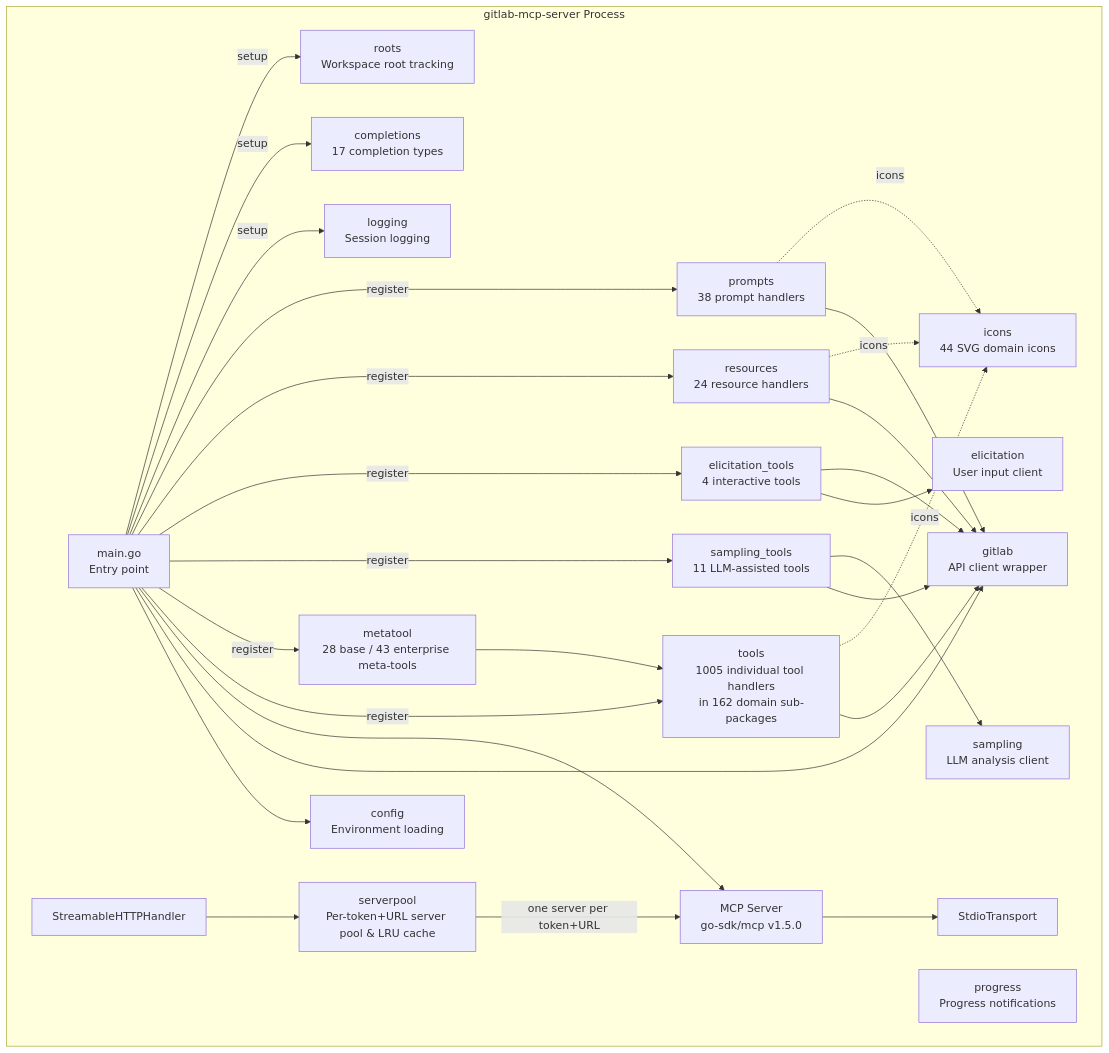
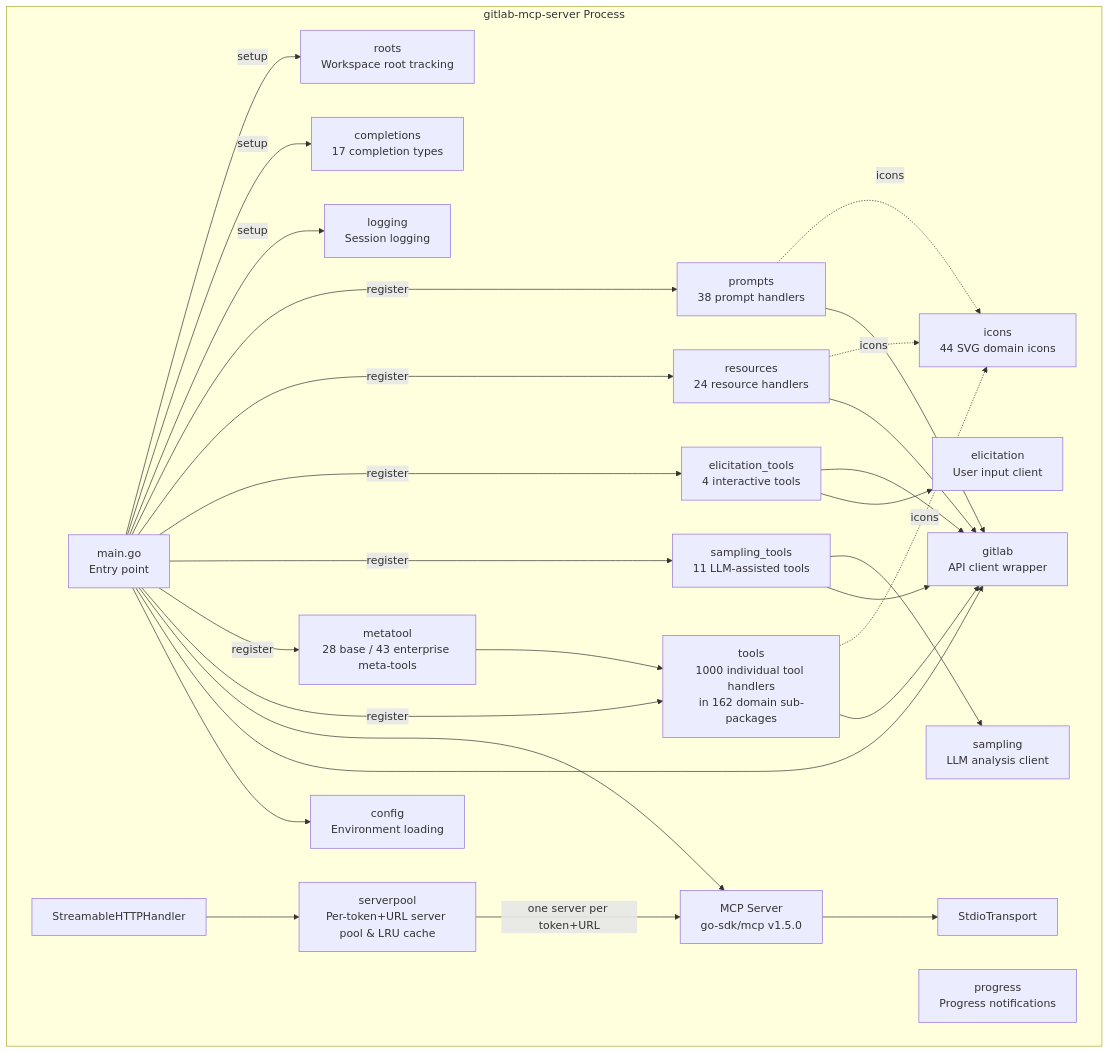
The third of 9 diagrams in docs/architecture.md (jmrplens/gitlab-mcp-server), drawn with Mermaid before and after one commit. The commit also changed other lines of this file and 64 other files, not shown here.

````diff
--- a/docs/architecture.md
+++ b/docs/architecture.md
@@ -64,52 +64,52 @@
 ```mermaid
 graph TD
     subgraph "gitlab-mcp-server Process"
         MAIN[main.go<br/>Entry point]
         CFG[config<br/>Environment loading]
         GL[gitlab<br/>API client wrapper]
-        TOOLS[tools<br/>1005 individual tool handlers<br/>in 162 domain sub-packages]
+        TOOLS[tools<br/>1000 individual tool handlers<br/>in 162 domain sub-packages]
         META[metatool<br/>28 base / 43 enterprise meta-tools]
         SAMP[sampling_tools<br/>11 LLM-assisted tools]
         ELIC[elicitation_tools<br/>4 interactive tools]
         RES[resources<br/>24 resource handlers]
         PROMPTS[prompts<br/>38 prompt handlers]
         LOG[logging<br/>Session logging]
         COMP[completions<br/>17 completion types]
         ROOTS[roots<br/>Workspace root tracking]
         PROG[progress<br/>Progress notifications]
         SAMPLING[sampling<br/>LLM analysis client]
         ELICIT[elicitation<br/>User input client]
         ICN[icons<br/>44 SVG domain icons]
         SRV[MCP Server<br/>go-sdk/mcp v1.5.0]
         STDIO[StdioTransport]
         HTTP[StreamableHTTPHandler]
         POOL[serverpool<br/>Per-token+URL server pool & LRU cache]
     end
 
     MAIN --> CFG
     MAIN --> GL
     MAIN --> SRV
     SRV --> STDIO
     HTTP --> POOL
     POOL -->|one server per token+URL| SRV
     TOOLS --> GL
     META --> TOOLS
     SAMP --> GL
     SAMP --> SAMPLING
     ELIC --> ELICIT
     ELIC --> GL
     RES --> GL
     PROMPTS --> GL
     MAIN -->|register| TOOLS
     MAIN -->|register| META
     MAIN -->|register| SAMP
     MAIN -->|register| ELIC
     MAIN -->|register| RES
     MAIN -->|register| PROMPTS
     TOOLS -.->|icons| ICN
     RES -.->|icons| ICN
     PROMPTS -.->|icons| ICN
     MAIN -->|setup| LOG
     MAIN -->|setup| COMP
     MAIN -->|setup| ROOTS
 ```
````
